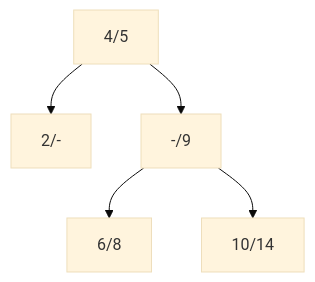
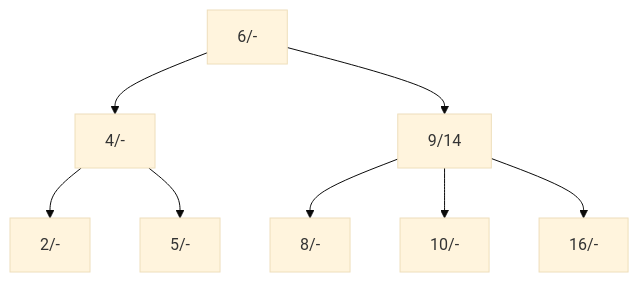
The eighth of 8 diagrams in Lab3/Lab3_B-Tree_Exercise.md (chdonncha/Advanced-Databases), drawn with Mermaid (base theme) before and after one commit. The commit also changed other lines of this file and 1 other file, not shown here.

````diff
--- a/Lab3/Lab3_B-Tree_Exercise.md
+++ b/Lab3/Lab3_B-Tree_Exercise.md
@@ -55,7 +72,10 @@
 ```{mermaid}
   graph TD
-    4/5 --> 2/-
-    4/5 --> -/9
-    -/9 --> 6/8
-    -/9 --> 10/14
+    6/- --> 4/-
+    6/- --> 9/14
+    4/- --> 2/-
+    4/- --> 5/-
+    9/14 --> 8/-
+    9/14 --> 10/-
+    9/14 --> 16/-
 ```
````
